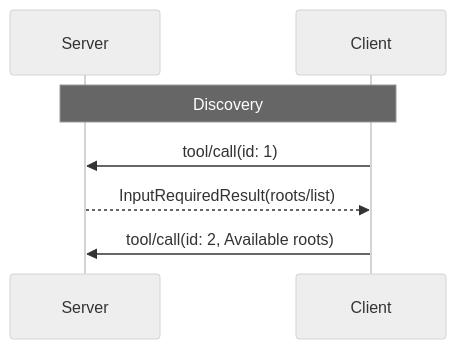
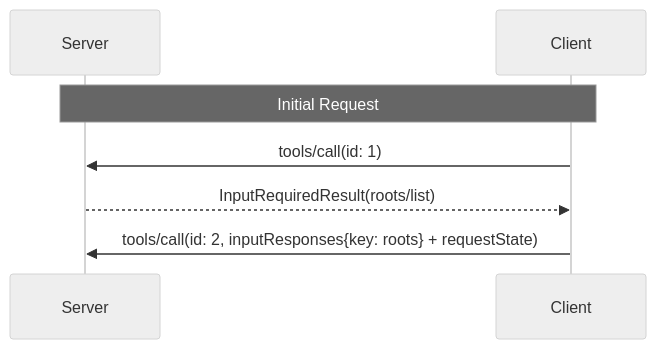
One commit to NickCollect/ai-coding-runbook changed the diagram in 01_Raw/github/modelcontextprotocol/modelcontextprotocol/docs/specification/draft/client/roots.mdx. Above: the diagram before and after it, drawn with Mermaid (neutral theme). The commit also changed other lines of this file and 129 other files, not shown here.

````diff
--- a/01_Raw/github/modelcontextprotocol/modelcontextprotocol/docs/specification/draft/client/roots.mdx
+++ b/01_Raw/github/modelcontextprotocol/modelcontextprotocol/docs/specification/draft/client/roots.mdx
@@ -93,10 +79,10 @@
 ```mermaid
 sequenceDiagram
     participant Server
     participant Client
 
-    Note over Server,Client: Discovery
-    Client->>Server: tool/call(id: 1)
+    Note over Server,Client: Initial Request
+    Client->>Server: tools/call(id: 1)
     Server-->>Client: InputRequiredResult(roots/list)
-    Client->>Server: tool/call(id: 2, Available roots)
+    Client->>Server: tools/call(id: 2, inputResponses{key: roots} + requestState)
 ```
````
